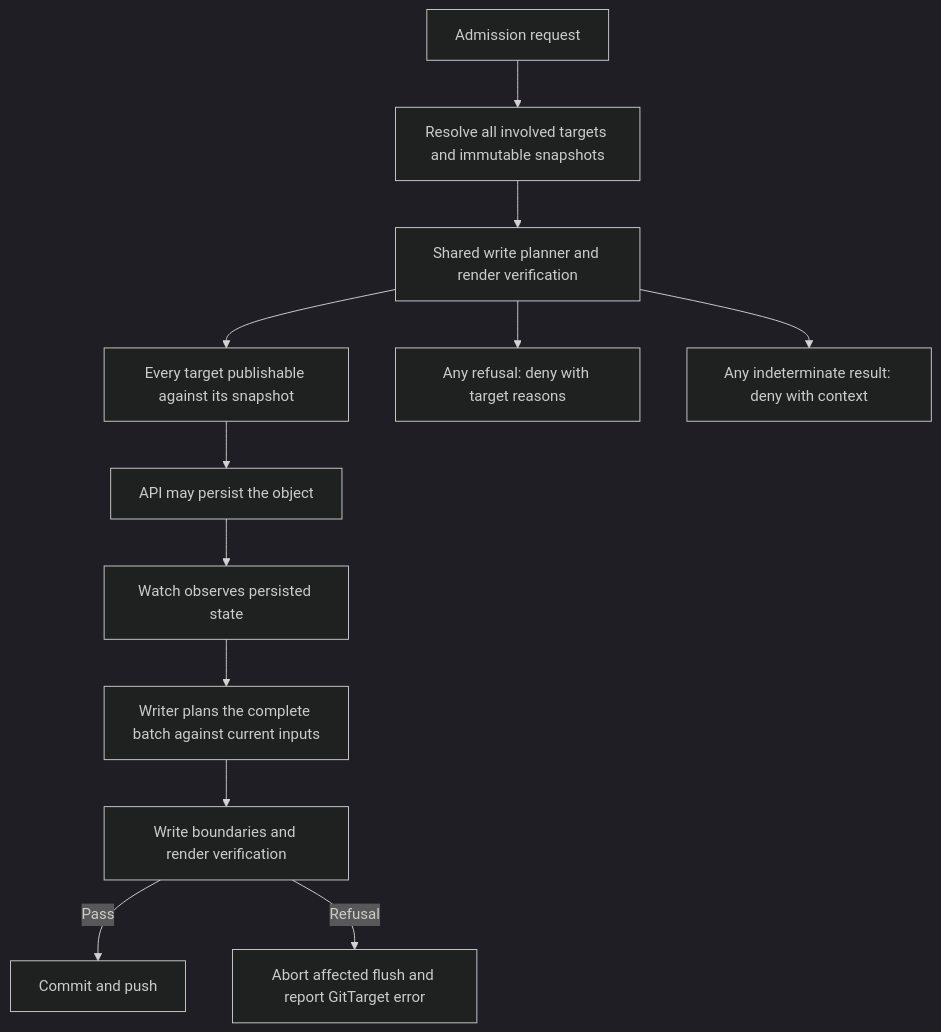
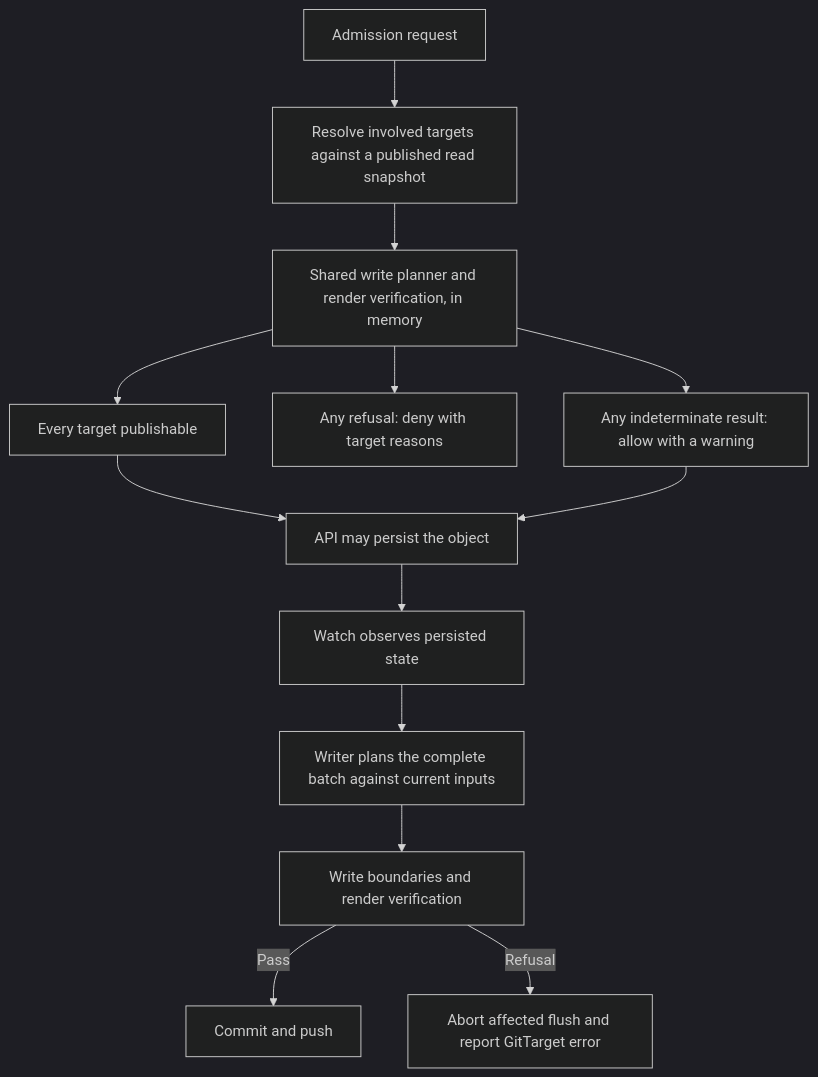
Before and after one commit to ConfigButler/gitops-reverser: the diagram in docs/design/git-write-preflight.md, drawn with Mermaid (dark theme). The commit also changed other lines of this file and 37 other files, not shown here.

````diff
--- a/docs/design/git-write-preflight.md
+++ b/docs/design/git-write-preflight.md
@@ -112,14 +230,15 @@
 ```mermaid
 flowchart TD
-  R[Admission request] --> S[Resolve all involved targets and immutable snapshots]
-  S --> P[Shared write planner and render verification]
-  P --> A[Every target publishable against its snapshot]
+  R[Admission request] --> S[Resolve involved targets against a published read snapshot]
+  S --> P[Shared write planner and render verification, in memory]
+  P --> A[Every target publishable]
   P --> D[Any refusal: deny with target reasons]
-  P --> U[Any indeterminate result: deny with context]
+  P --> U[Any indeterminate result: allow with a warning]
   A --> K[API may persist the object]
+  U --> K
   K --> W[Watch observes persisted state]
   W --> B[Writer plans the complete batch against current inputs]
   B --> V[Write boundaries and render verification]
   V -->|Pass| G[Commit and push]
   V -->|Refusal| X[Abort affected flush and report GitTarget error]
 ```
````
